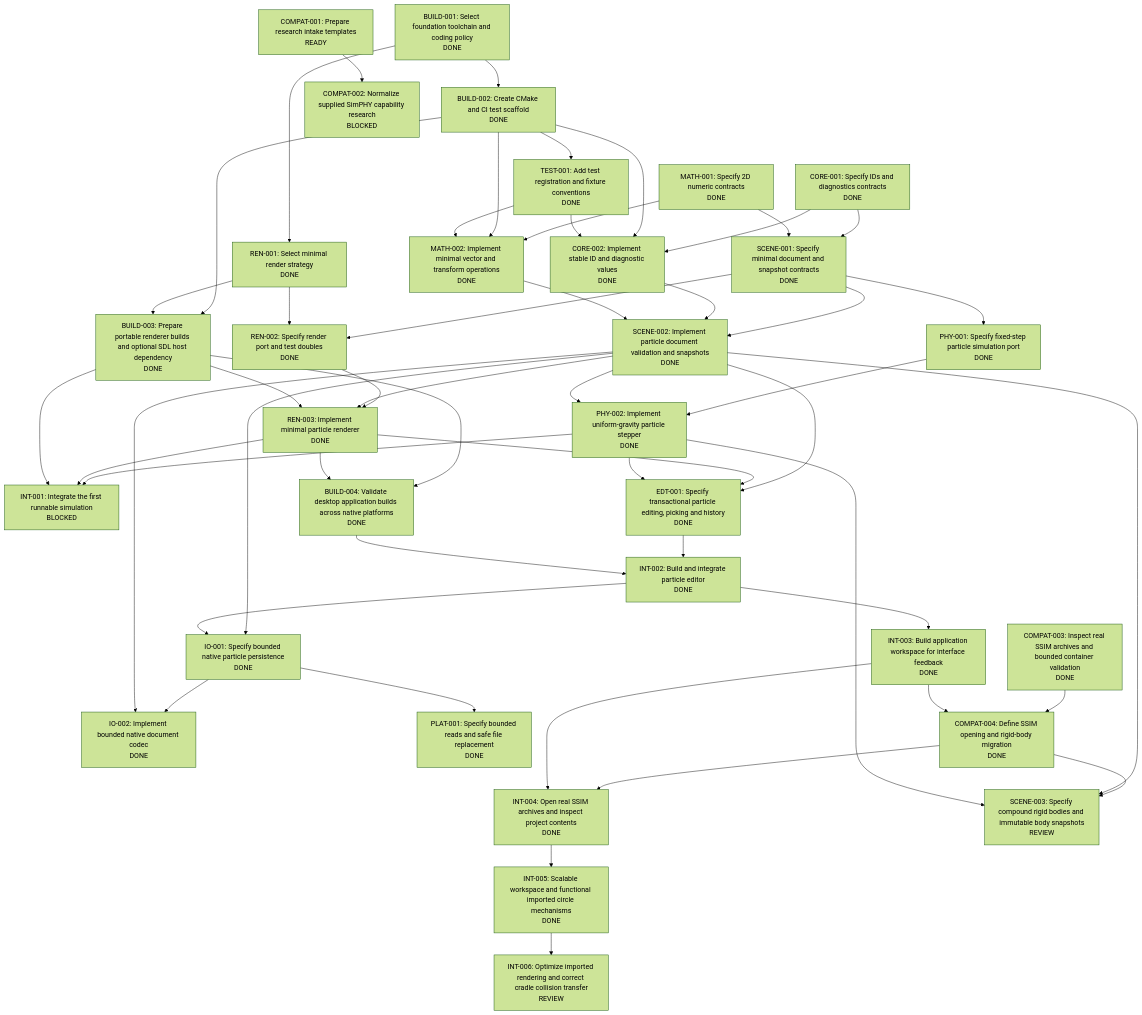
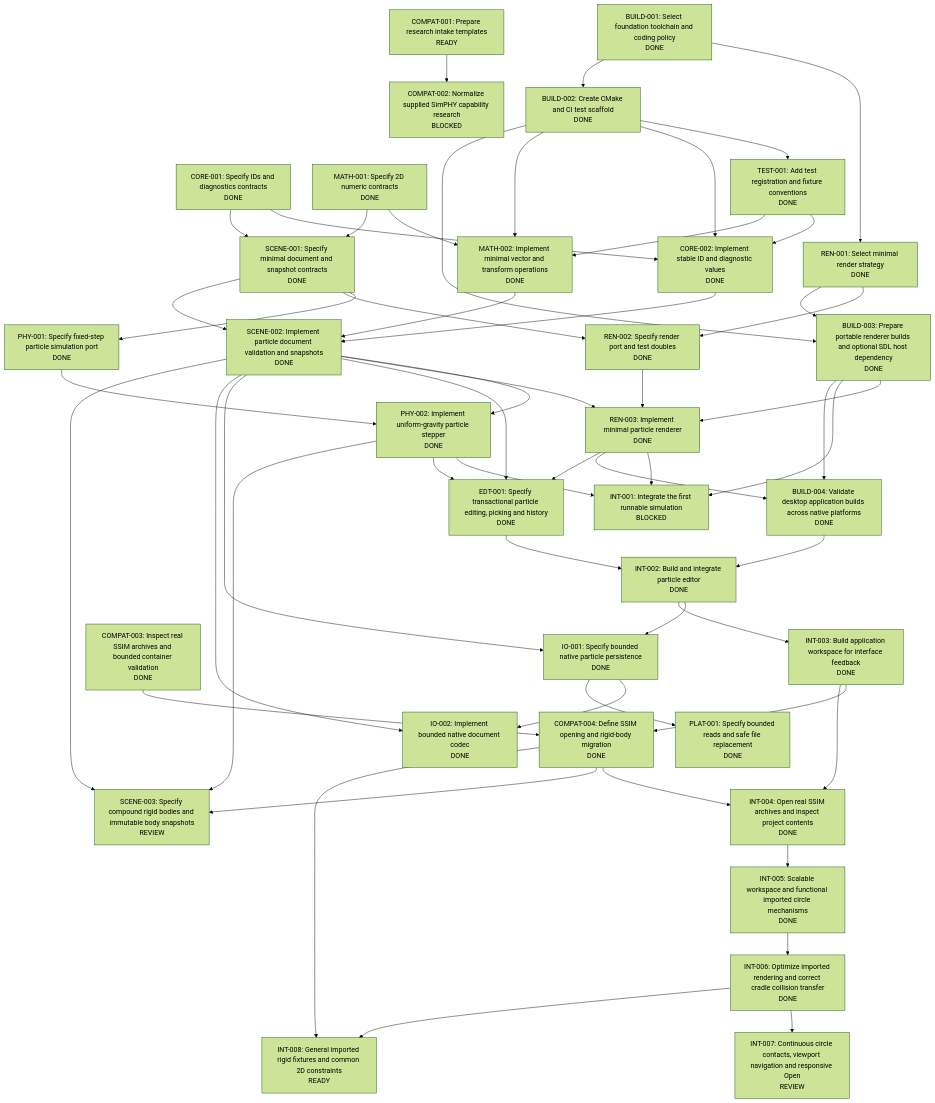
The diagram in tasks/graph.md (JnJarvis/open-simphy), drawn with Mermaid (forest theme) before and after one commit. The commit also changed other lines of this file and 4 other files, not shown here.

Commit message:
Submit viewport and continuous contact checks; prioritize bundled rigid mechanics

````diff
--- a/tasks/graph.md
+++ b/tasks/graph.md
@@ -38,7 +38,9 @@
   INT_004["INT-004: Open real SSIM archives and inspect project contents<br/>DONE"]
   INT_005["INT-005: Scalable workspace and functional imported circle mechanisms<br/>DONE"]
   SCENE_003["SCENE-003: Specify compound rigid bodies and immutable body snapshots<br/>REVIEW"]
-  INT_006["INT-006: Optimize imported rendering and correct cradle collision transfer<br/>REVIEW"]
+  INT_006["INT-006: Optimize imported rendering and correct cradle collision transfer<br/>DONE"]
+  INT_007["INT-007: Continuous circle contacts, viewport navigation and responsive Open<br/>REVIEW"]
+  INT_008["INT-008: General imported rigid fixtures and common 2D constraints<br/>READY"]
   BUILD_001 --> REN_001
   BUILD_001 --> BUILD_002
   BUILD_002 --> TEST_001
@@ -89,4 +91,7 @@
   SCENE_002 --> SCENE_003
   PHY_002 --> SCENE_003
   INT_005 --> INT_006
+  INT_006 --> INT_007
+  INT_006 --> INT_008
+  COMPAT_004 --> INT_008
 ```
````
